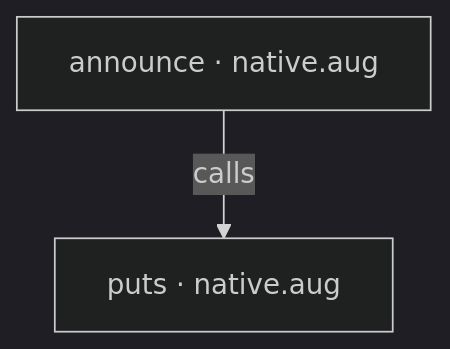
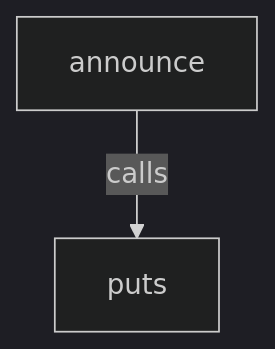
The first of 2 diagrams in docs/examples/ffi/native-diagrams.md (GreenPandaStudios/augscript), drawn with Mermaid (dark theme) before and after one commit. The commit also changed other lines of this file and 524 other files, not shown here.

Commit message:
Explain checked data flow at folder and service levels

````diff
--- a/docs/examples/ffi/native-diagrams.md
+++ b/docs/examples/ffi/native-diagrams.md
@@ -23,6 +20,6 @@
 ```mermaid
 flowchart TD
-    n0["announce · native.aug"]
-    n1["puts · native.aug"]
+    n0["announce"]
+    n1["puts"]
     n0 -->|"calls"| n1
 ```
````
